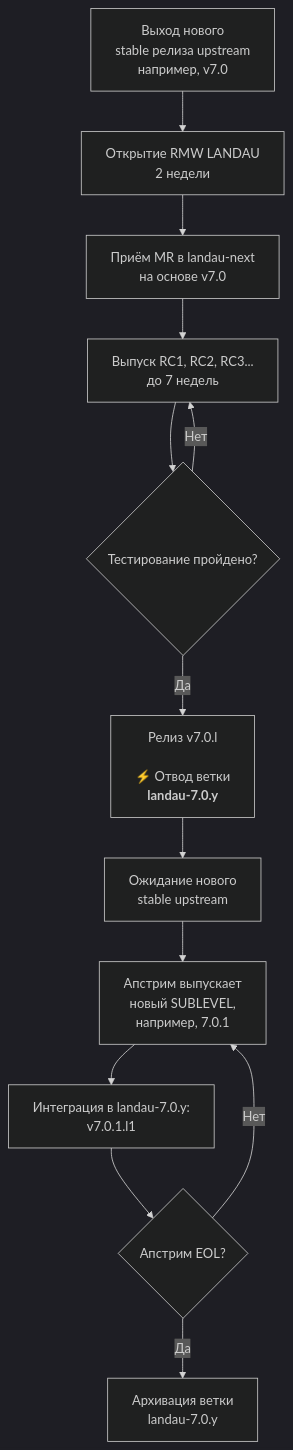
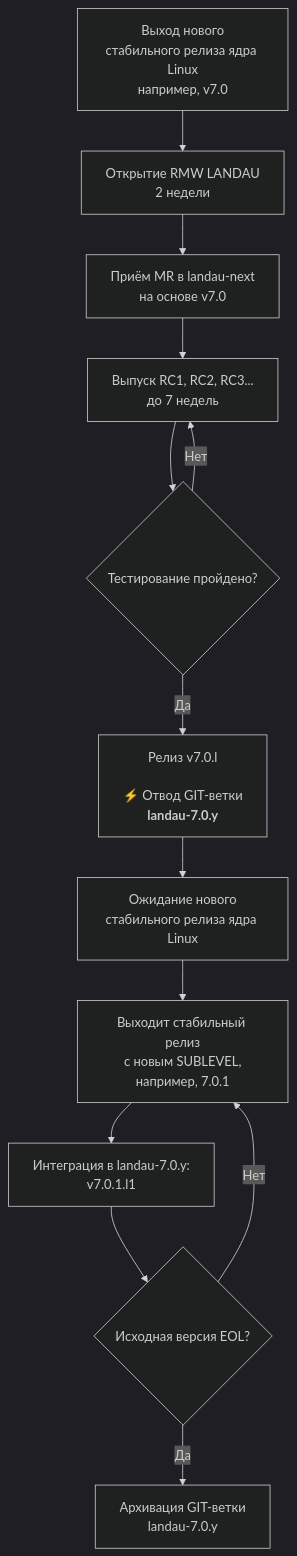
One commit to rulkc/landau changed the fourth of 4 diagrams in landau-linux/maintenance.md. Above: the diagram before and after it, drawn with Mermaid (dark theme). The commit also changed other lines of this file, not shown here.

First line of the commit message:
landau-linux: maintenance: major overhaul of the maintenance doc

````diff
--- a/landau-linux/maintenance.md
+++ b/landau-linux/maintenance.md
@@ -267,15 +371,15 @@
 ```mermaid
 flowchart TD
-    A[Выход нового<br>stable релиза upstream<br>например, v7.0] --> B[Открытие RMW LANDAU<br>2 недели]
+    A[Выход нового<br>стабильного релиза ядра Linux<br>например, v7.0] --> B[Открытие RMW LANDAU<br>2 недели]
     B --> C[Приём MR в landau-next<br>на основе v7.0]
     C --> D[Выпуск RC1, RC2, RC3...<br>до 7 недель]
     D --> E{Тестирование пройдено?}
     E -->|Нет| D
-    E -->|Да| F[Релиз v7.0.l<br><br>⚡ Отвод ветки<br><b>landau-7.0.y</b>]
-    F --> G[Ожидание нового<br>stable upstream]
-    G --> H[Апстрим выпускает<br>новый SUBLEVEL,<br>например, 7.0.1]
+    E -->|Да| F[Релиз v7.0.l<br><br>⚡ Отвод GIT-ветки<br><b>landau-7.0.y</b>]
+    F --> G[Ожидание нового<br>стабильного релиза ядра Linux]
+    G --> H[Выходит стабильный релиз<br>с новым SUBLEVEL,<br>например, 7.0.1]
     H --> I[Интеграция в landau-7.0.y:<br>v7.0.1.l1]
-    I --> J{Апстрим EOL?}
+    I --> J{Исходная версия EOL?}
     J -->|Нет| H
-    J -->|Да| K[Архивация ветки<br>landau-7.0.y]
+    J -->|Да| K[Архивация GIT-ветки<br>landau-7.0.y]
 ```
````
